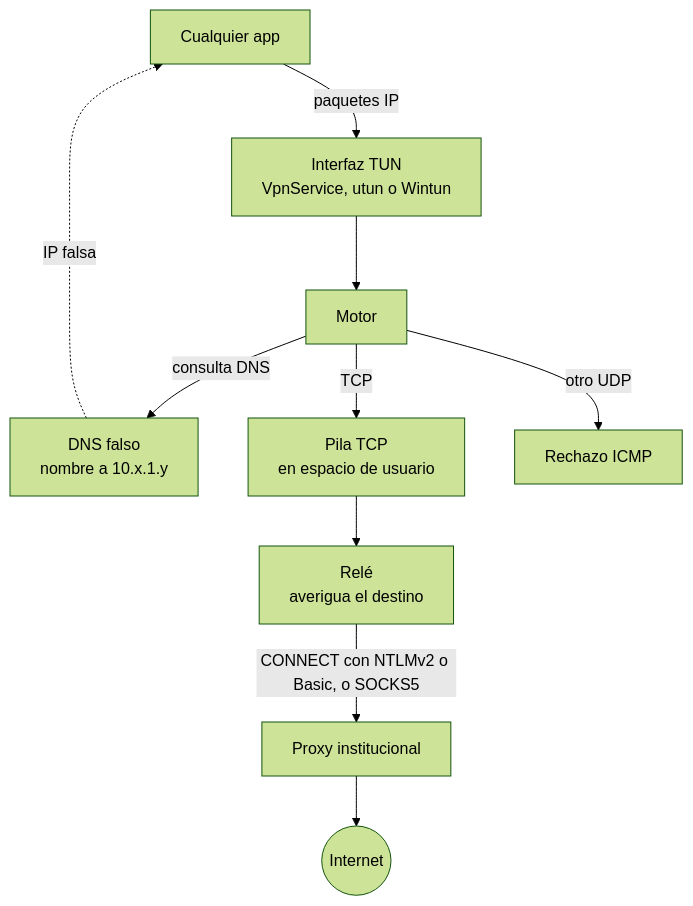
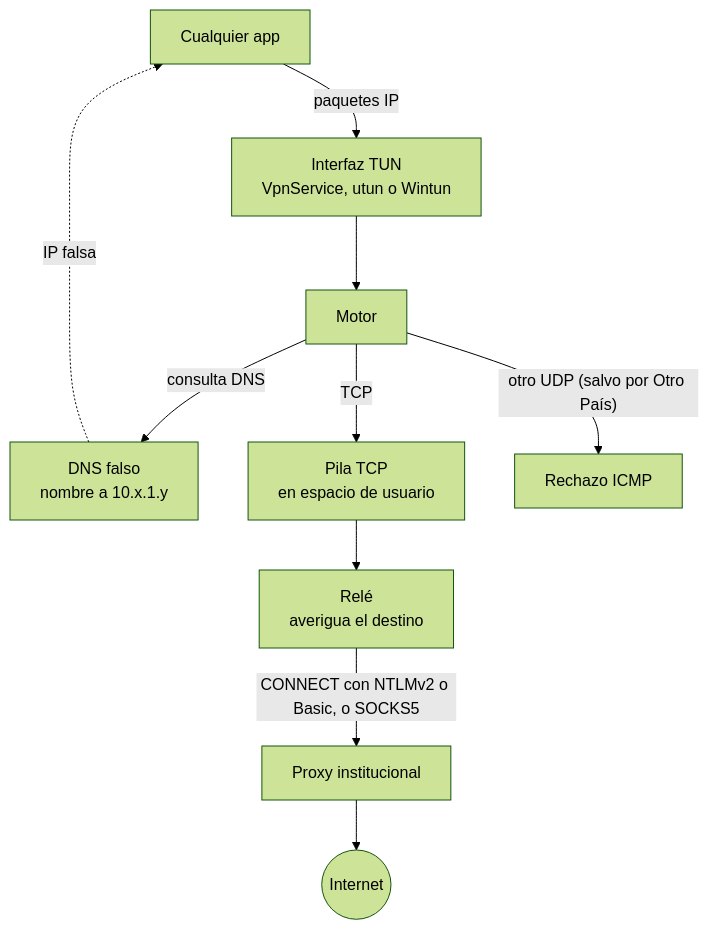
One commit to drewdev02/Proxy changed the diagram in README.md. Above: the diagram before and after it, drawn with Mermaid (forest theme). The commit also changed other lines of this file and 2 other files, not shown here.

Commit message:
Documentos al día con el código: PLAN describe los puertos, módulos y Otro País reales; ROADMAP corrige sslip.io, la capa 5 y el estado de la capa 8; README añade database

````diff
--- a/README.md
+++ b/README.md
@@ -10,12 +10,12 @@
 ```mermaid
 flowchart TD
     app["Cualquier app"] -->|paquetes IP| tun["Interfaz TUN<br/>VpnService, utun o Wintun"]
     tun --> motor["Motor"]
     motor -->|consulta DNS| dns["DNS falso<br/>nombre a 10.x.1.y"]
     dns -.->|IP falsa| app
     motor -->|TCP| pila["Pila TCP<br/>en espacio de usuario"]
-    motor -->|otro UDP| icmp["Rechazo ICMP"]
+    motor -->|"otro UDP (salvo por Otro País)"| icmp["Rechazo ICMP"]
     pila --> rele["Relé<br/>averigua el destino"]
     rele -->|"CONNECT con NTLMv2 o Basic, o SOCKS5"| proxy["Proxy institucional"]
     proxy --> internet(("Internet"))
 ```
````
